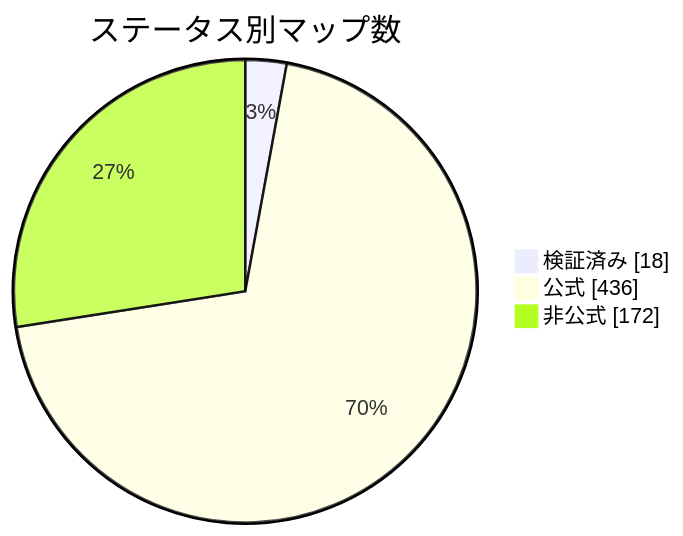
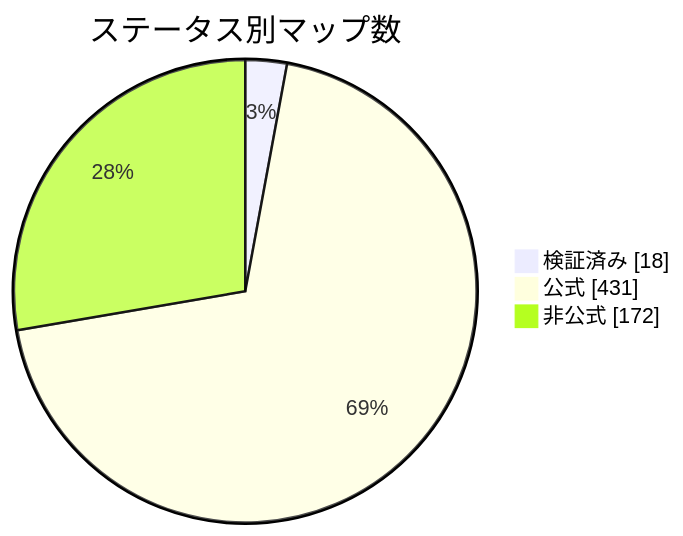
Before and after one commit to nobrega8/mbmap-library: the diagram in docs/readme/README_JP.md, drawn with Mermaid. The commit also changed 14 other files, not shown here.

````diff
--- a/docs/readme/README_JP.md
+++ b/docs/readme/README_JP.md
@@ -54,7 +54,7 @@
 ```mermaid
 pie showData
     title ステータス別マップ数
     "検証済み" : 18
-    "公式" : 436
+    "公式" : 431
     "非公式" : 172
 ```
````
